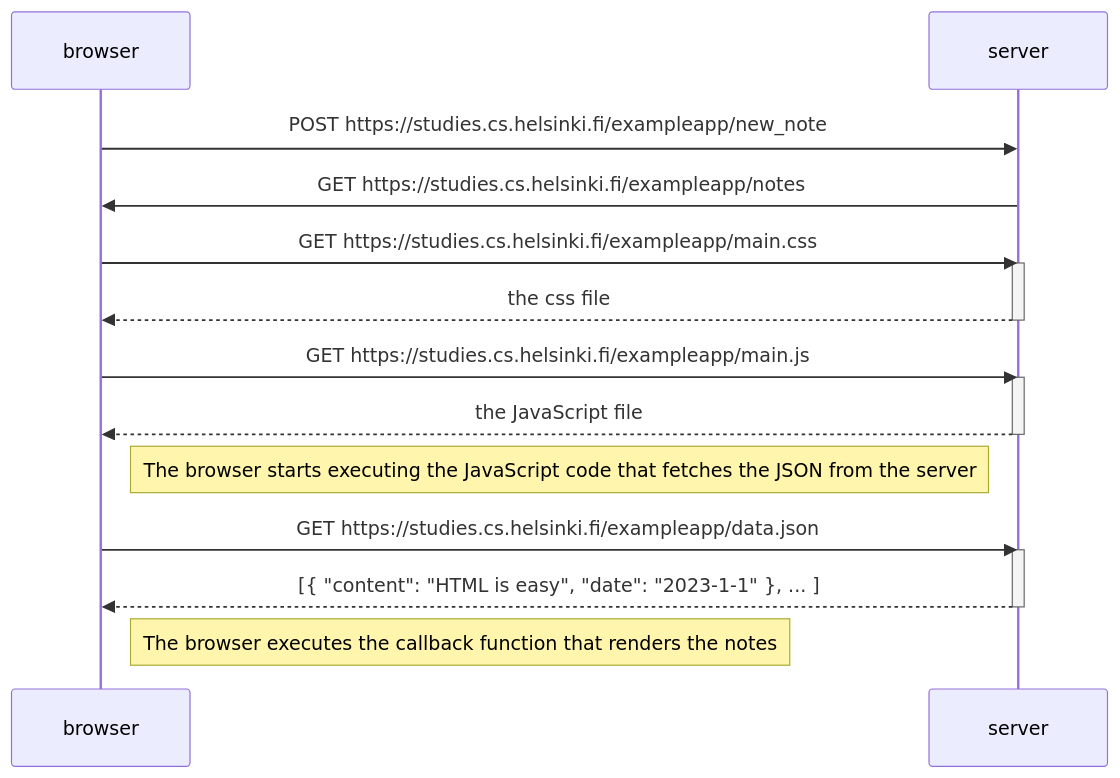
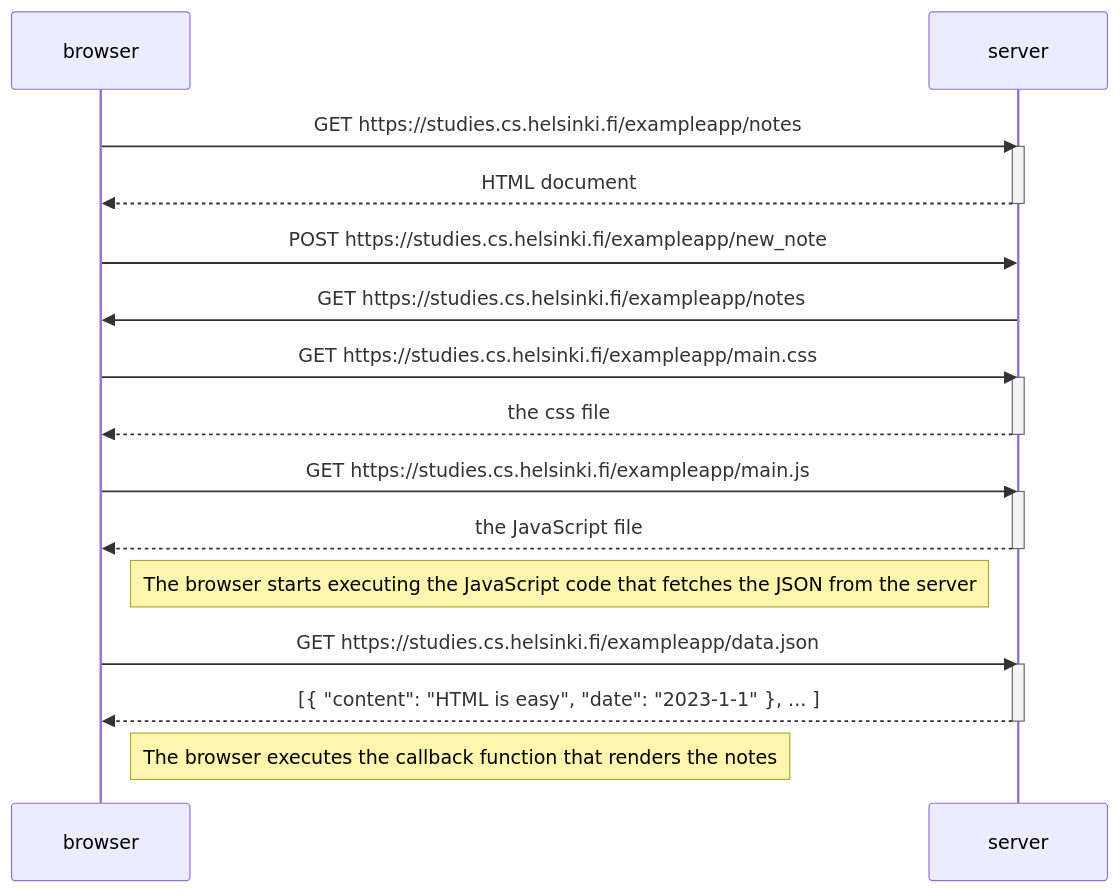
Before and after one commit to sarmen-t/fullstackopen: the diagram in part0.md, drawn with Mermaid.

````diff
--- a/part0.md
+++ b/part0.md
@@ -4,28 +4,33 @@
 ```mermaid
 sequenceDiagram
     participant browser
     participant server
+
+    browser->>server: GET https://studies.cs.helsinki.fi/exampleapp/notes
+    activate server
+    server-->>browser: HTML document
+    deactivate server
 
     browser->>server: POST https://studies.cs.helsinki.fi/exampleapp/new_note
     
     server->>browser: GET https://studies.cs.helsinki.fi/exampleapp/notes
 
     browser->>server: GET https://studies.cs.helsinki.fi/exampleapp/main.css
     activate server
     server-->>browser: the css file
     deactivate server
 
     browser->>server: GET https://studies.cs.helsinki.fi/exampleapp/main.js
     activate server
     server-->>browser: the JavaScript file
     deactivate server
 
     Note right of browser: The browser starts executing the JavaScript code that fetches the JSON from the server
 
     browser->>server: GET https://studies.cs.helsinki.fi/exampleapp/data.json
     activate server
     server-->>browser: [{ "content": "HTML is easy", "date": "2023-1-1" }, ... ]
     deactivate server
 
     Note right of browser: The browser executes the callback function that renders the notes
 ```
````
